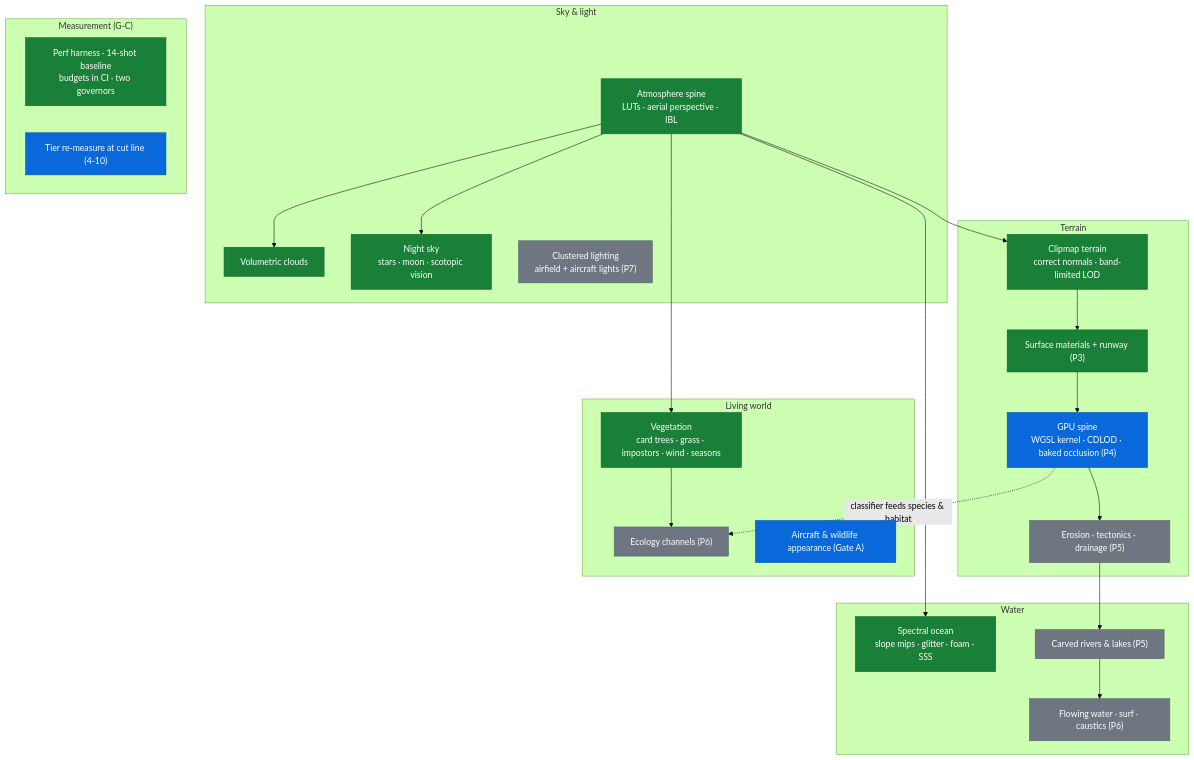
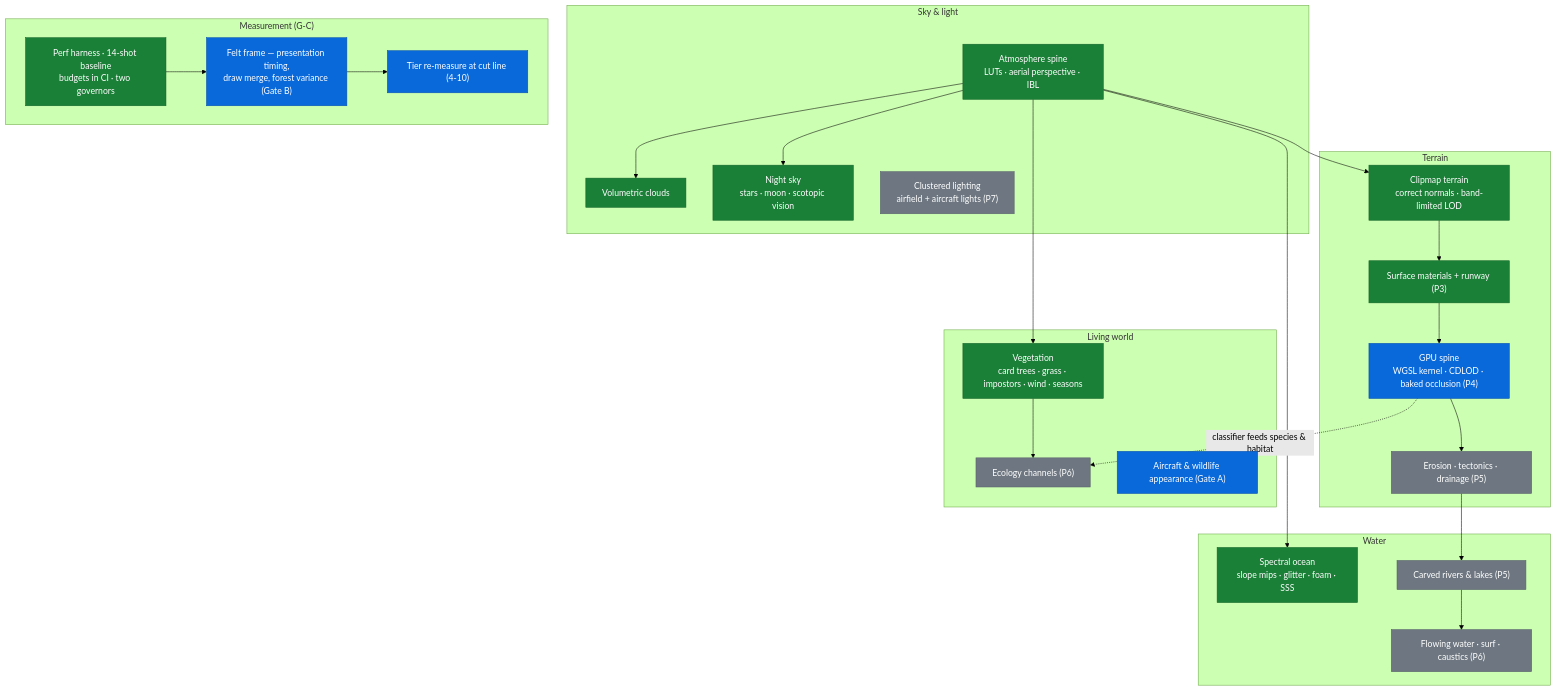
One commit to jazonshou/fly-high changed the second of 2 diagrams in PROJECT_OVERVIEW.md. Above: the diagram before and after it, drawn with Mermaid (forest theme). The commit also changed other lines of this file, not shown here.

````diff
--- a/PROJECT_OVERVIEW.md
+++ b/PROJECT_OVERVIEW.md
@@ -188,39 +201,41 @@
 ```mermaid
 flowchart TB
     classDef live fill:#1a7f37,stroke:#116329,color:#ffffff
     classDef nextp fill:#0969da,stroke:#0550ae,color:#ffffff
     classDef later fill:#6e7781,stroke:#57606a,color:#ffffff
 
     subgraph SKY["Sky & light"]
         ATM["Atmosphere spine<br/>LUTs · aerial perspective · IBL"]:::live
         CLD["Volumetric clouds"]:::live
         NGT["Night sky<br/>stars · moon · scotopic vision"]:::live
         CLL["Clustered lighting<br/>airfield + aircraft lights (P7)"]:::later
     end
     subgraph GROUND["Terrain"]
         TER["Clipmap terrain<br/>correct normals · band-limited LOD"]:::live
         SRF["Surface materials + runway (P3)"]:::live
         SPN["GPU spine<br/>WGSL kernel · CDLOD · baked occlusion (P4)"]:::nextp
         ERO["Erosion · tectonics · drainage (P5)"]:::later
     end
     subgraph WATER["Water"]
         OCN["Spectral ocean<br/>slope mips · glitter · foam · SSS"]:::live
         RIV["Carved rivers & lakes (P5)"]:::later
         FLW["Flowing water · surf · caustics (P6)"]:::later
     end
     subgraph LIFE["Living world"]
         VEG["Vegetation<br/>card trees · grass · impostors · wind · seasons"]:::live
         ECO["Ecology channels (P6)"]:::later
         ACW["Aircraft & wildlife appearance (Gate A)"]:::nextp
     end
     subgraph MEAS["Measurement (G-C)"]
         HAR["Perf harness · 14-shot baseline<br/>budgets in CI · two governors"]:::live
+        FLT["Felt frame — presentation timing,<br/>draw merge, forest variance (Gate B)"]:::nextp
         TRM["Tier re-measure at cut line (4-10)"]:::nextp
     end
 
     ATM --> CLD & NGT & OCN & TER & VEG
     TER --> SRF --> SPN --> ERO
     ERO --> RIV --> FLW
     VEG --> ECO
+    HAR --> FLT --> TRM
     SPN -.->|"classifier feeds species & habitat"| ECO
 ```
````
